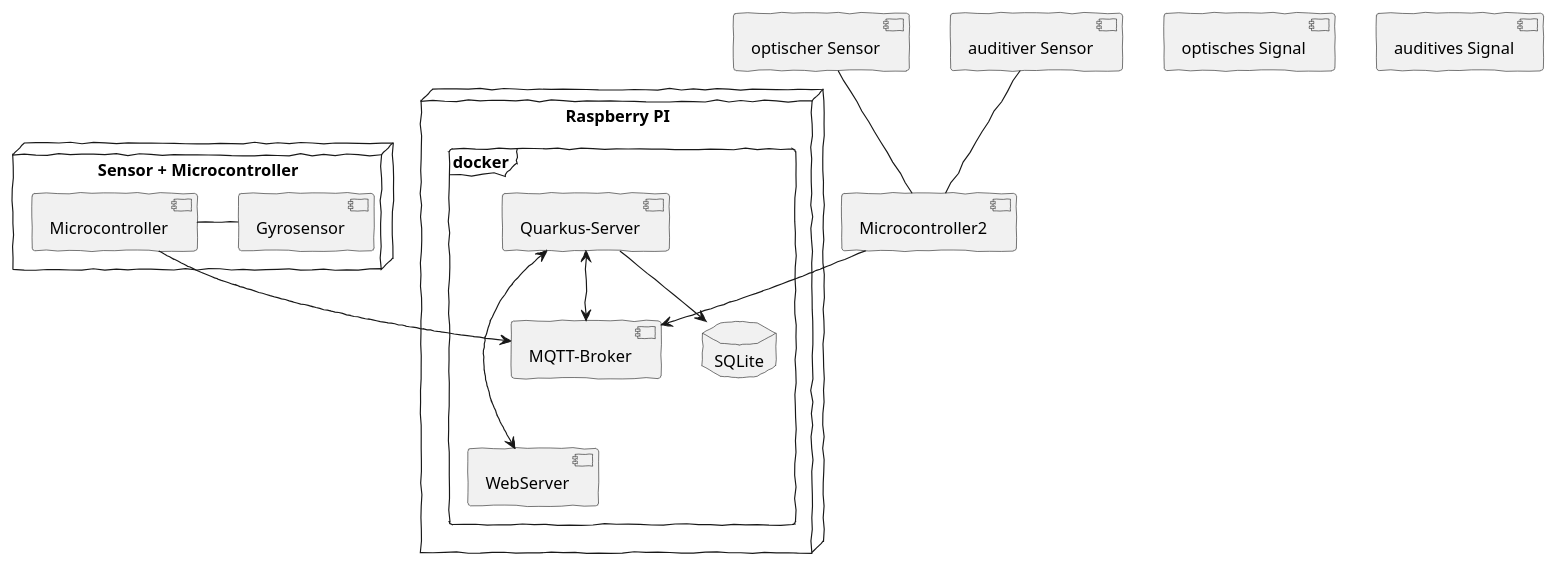
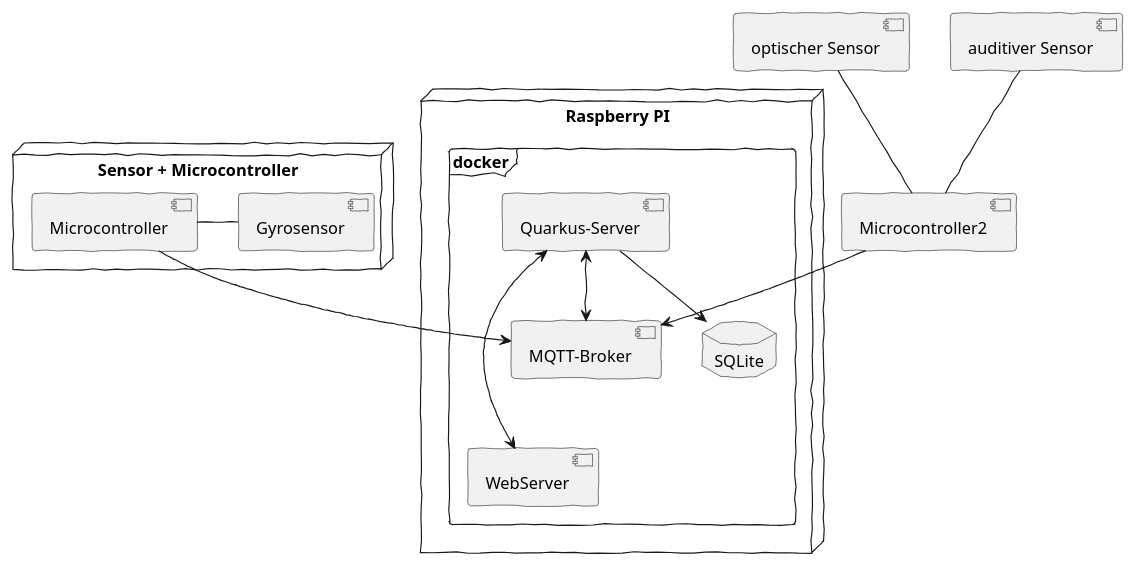
Before and after one commit to KonstantinFrank01/safer-pool-docs: the second of 4 diagrams in asciidocs/index.adoc, drawn with PlantUML. The commit also changed other lines of this file, not shown here.

Commit message:
Modified the state diagram and fixed a typo in the system architecture

```diff
--- a/asciidocs/index.adoc
+++ b/asciidocs/index.adoc
@@ -92,31 +92,31 @@
 [plantuml]
 ----
 @startuml
 skinparam handwritten true
 
     node "Raspberry PI" {
         frame docker{
         [MQTT-Broker]
         [WebServer]
         [Quarkus-Server]
         database "SQLite" {
         }
           }
     }
 node "Sensor + Microcontroller" {
     [Microcontroller] - [Gyrosensor]
 }
 
-[optisches Signal]
-[auditives Signal]
+[optischer Sensor]
+[auditiver Sensor]
 [Microcontroller2]
 
 [Microcontroller] --> [MQTT-Broker]
 [Quarkus-Server] <--> [MQTT-Broker]
 [Quarkus-Server] --> SQLite
 [Quarkus-Server] <---> WebServer
 [Microcontroller2] --> [MQTT-Broker]
 [optischer Sensor] -- [Microcontroller2]
 [auditiver Sensor] -- [Microcontroller2]
 @enduml
 ----
```
